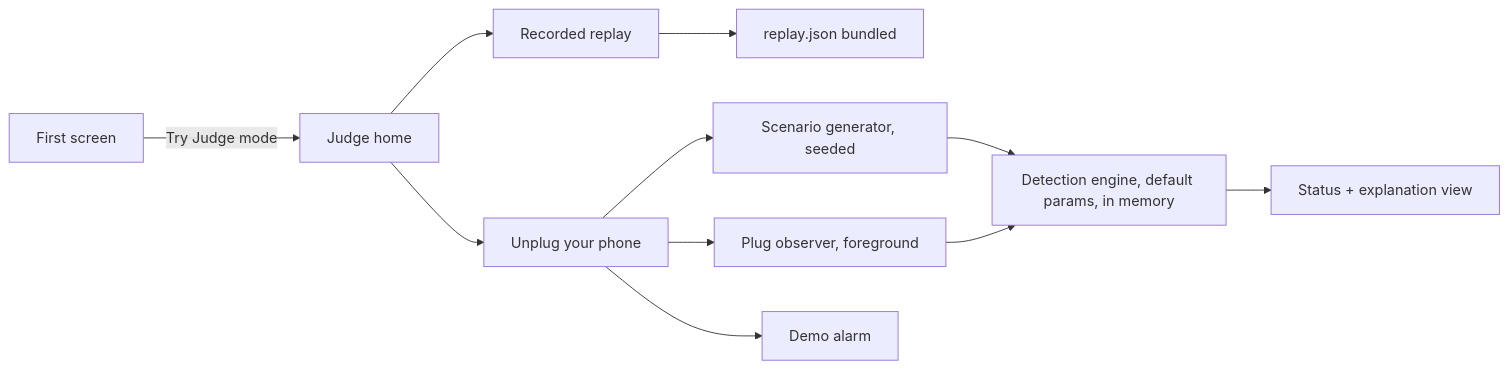
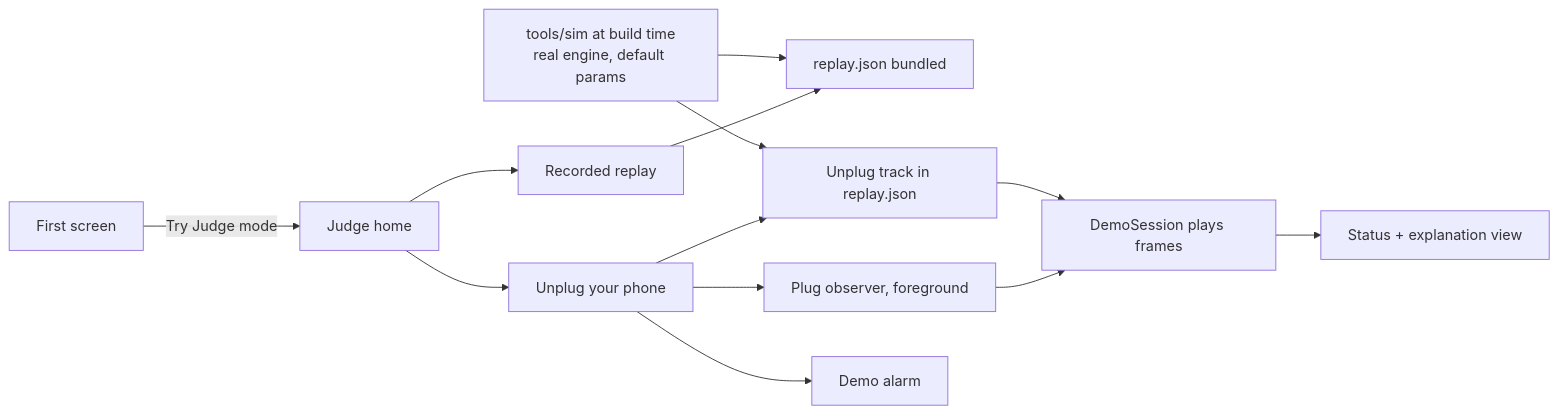
Before and after one commit to 3akare/outage: the first of 3 diagrams in .kiro/specs/demo-mode/design.md, drawn with Mermaid. The commit also changed other lines of this file and 108 other files, not shown here.

````diff
--- a/.kiro/specs/demo-mode/design.md
+++ b/.kiro/specs/demo-mode/design.md
@@ -7,13 +7,15 @@
 ```mermaid
 flowchart LR
     S[First screen] -->|Try Judge mode| H[Judge home]
     H --> R[Recorded replay]
     H --> U[Unplug your phone]
     R --> F[replay.json bundled]
     U --> PO[Plug observer, foreground]
-    U --> SN[Scenario generator, seeded]
-    SN --> DE[Detection engine, default params, in memory]
-    PO --> DE
-    DE --> V[Status + explanation view]
+    U --> UT[Unplug track in replay.json]
+    PO --> DS[DemoSession plays frames]
+    UT --> DS
+    DS --> V[Status + explanation view]
     U --> DA[Demo alarm]
+    SIM[tools/sim at build time<br/>real engine, default params] --> F
+    SIM --> UT
 ```
````
